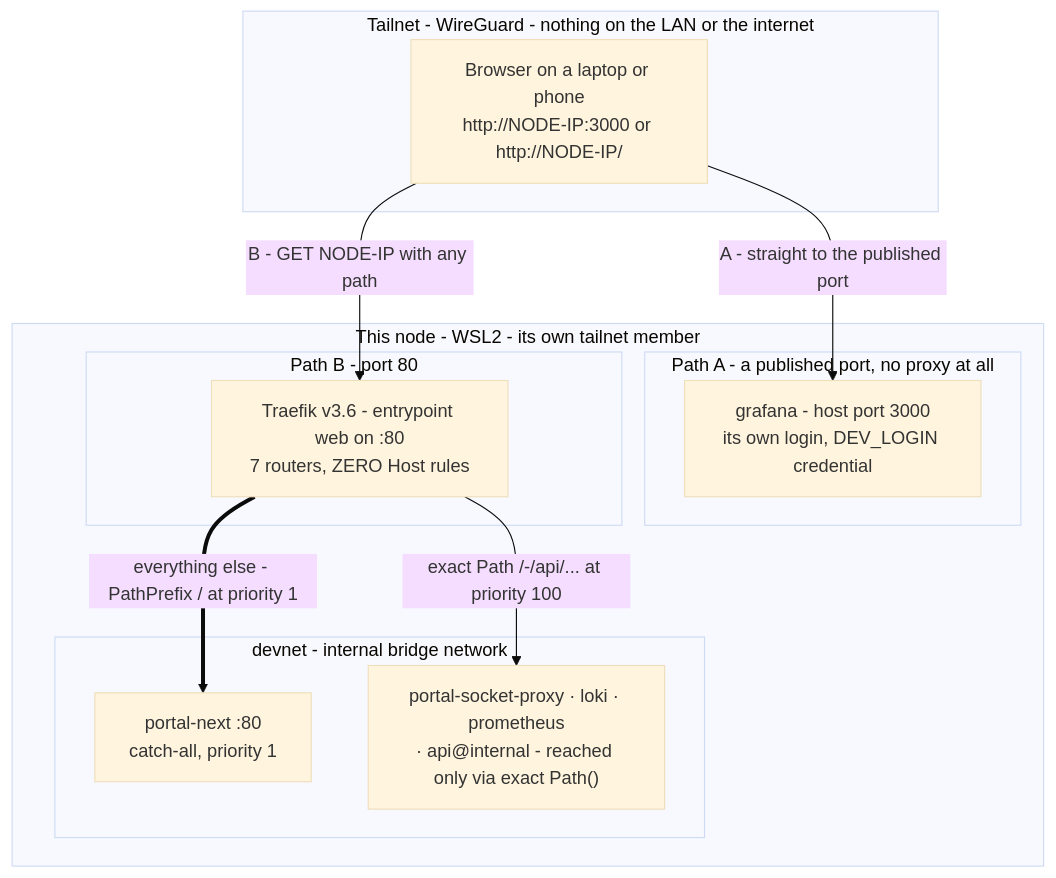
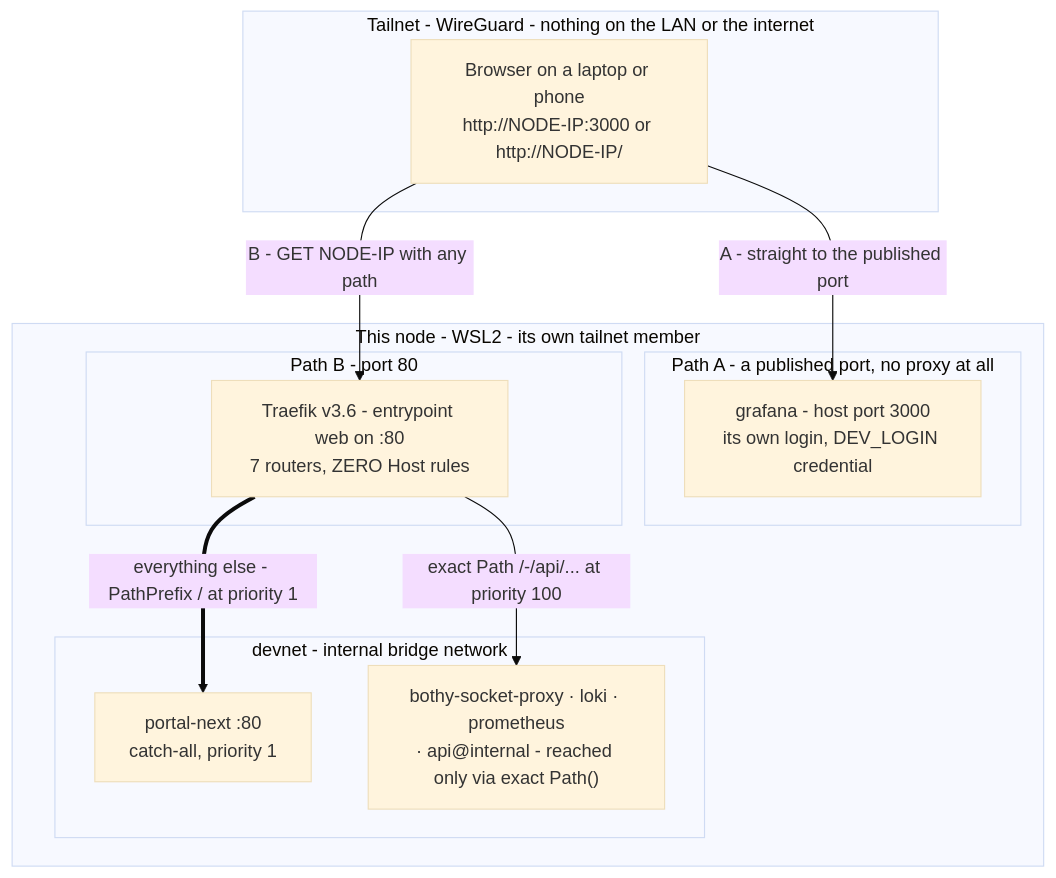
The first of 6 diagrams in docs/ARCHITECTURE.md (YehudaBriskman/Bothy), drawn with Mermaid (base theme) before and after one commit. The commit also changed other lines of this file and 14 other files, not shown here.

First line of the commit message:
chore(socket-proxy): rename portal-socket-proxy to bothy-socket-proxy (#116)

````diff
--- a/docs/ARCHITECTURE.md
+++ b/docs/ARCHITECTURE.md
@@ -50,26 +50,26 @@
 ```mermaid
 flowchart TB
     subgraph s_tailnet["Tailnet - WireGuard - nothing on the LAN or the internet"]
         BROWSER["Browser on a laptop or phone<br/>http://NODE-IP:3000 or http://NODE-IP/"]
     end
 
     subgraph s_box["This node - WSL2 - its own tailnet member"]
         subgraph s_direct["Path A - a published port, no proxy at all"]
             GRAF["grafana - host port 3000<br/>its own login, DEV_LOGIN credential"]
         end
 
         subgraph s_edge["Path B - port 80"]
             TRAEFIK["Traefik v3.6 - entrypoint web on :80<br/>7 routers, ZERO Host rules"]
         end
 
         subgraph s_devnet["devnet - internal bridge network"]
             PNEXT["portal-next :80<br/>catch-all, priority 1"]
-            APIS["portal-socket-proxy · loki · prometheus<br/>· api@internal - reached only via exact Path()"]
+            APIS["bothy-socket-proxy · loki · prometheus<br/>· api@internal - reached only via exact Path()"]
         end
     end
 
     BROWSER -->|"A - straight to the published port"| GRAF
     BROWSER -->|"B - GET NODE-IP with any path"| TRAEFIK
     TRAEFIK -->|"exact Path /-/api/... at priority 100"| APIS
     TRAEFIK ==>|"everything else - PathPrefix / at priority 1"| PNEXT
 ```
````
